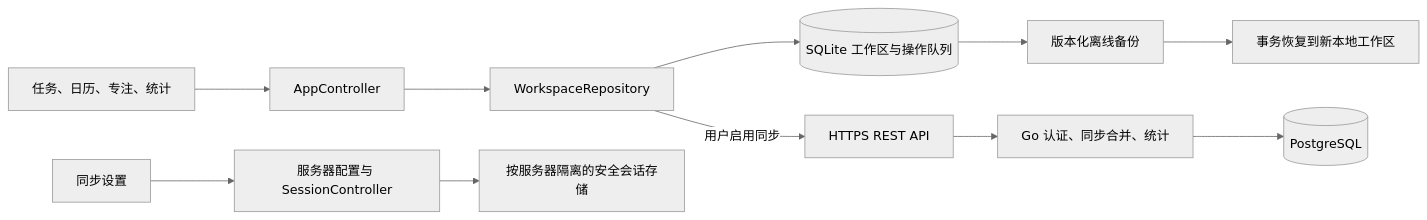
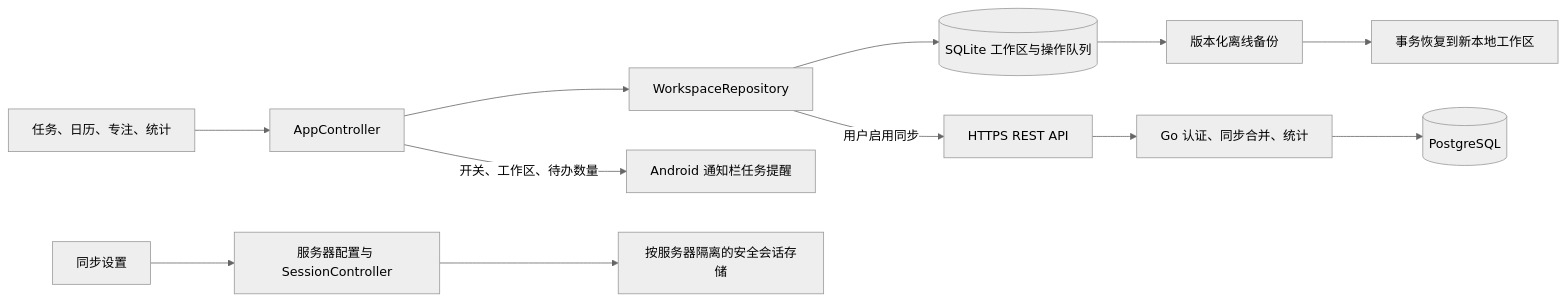
The diagram in docs/PROJECT_ARCHITECTURE.md (2354634715/Pactick), drawn with Mermaid (neutral theme) before and after one commit. The commit also changed other lines of this file and 101 other files, not shown here.

````diff
--- a/docs/PROJECT_ARCHITECTURE.md
+++ b/docs/PROJECT_ARCHITECTURE.md
@@ -7,13 +7,14 @@
 ```mermaid
 flowchart LR
     Pages[任务、日历、专注、统计] --> Controller[AppController]
     Controller --> Repository[WorkspaceRepository]
+    Controller -->|开关、工作区、待办数量| Reminders[Android 通知栏任务提醒]
     Repository --> SQLite[(SQLite 工作区与操作队列)]
     SQLite --> Backup[版本化离线备份]
     Backup --> Restore[事务恢复到新本地工作区]
     Settings[同步设置] --> Session[服务器配置与 SessionController]
     Session --> Secure[按服务器隔离的安全会话存储]
     Repository -->|用户启用同步| API[HTTPS REST API]
     API --> Go[Go 认证、同步合并、统计]
     Go --> PostgreSQL[(PostgreSQL)]
 ```
````
